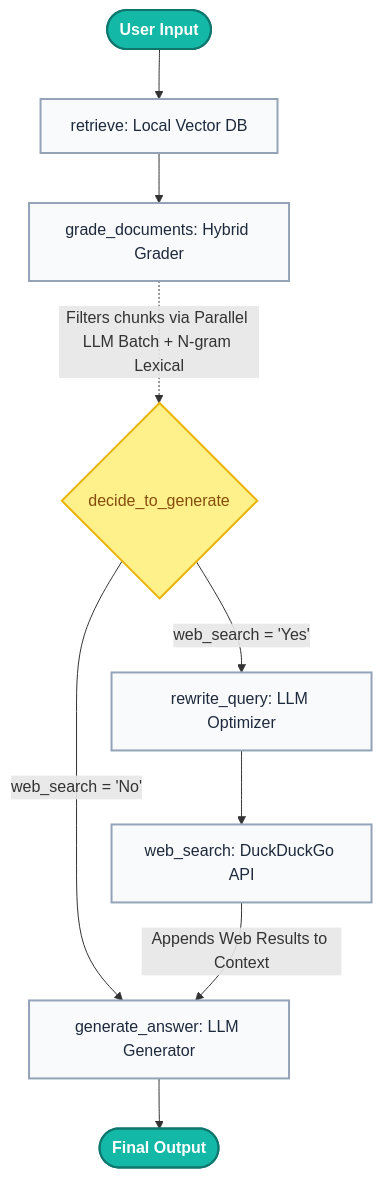
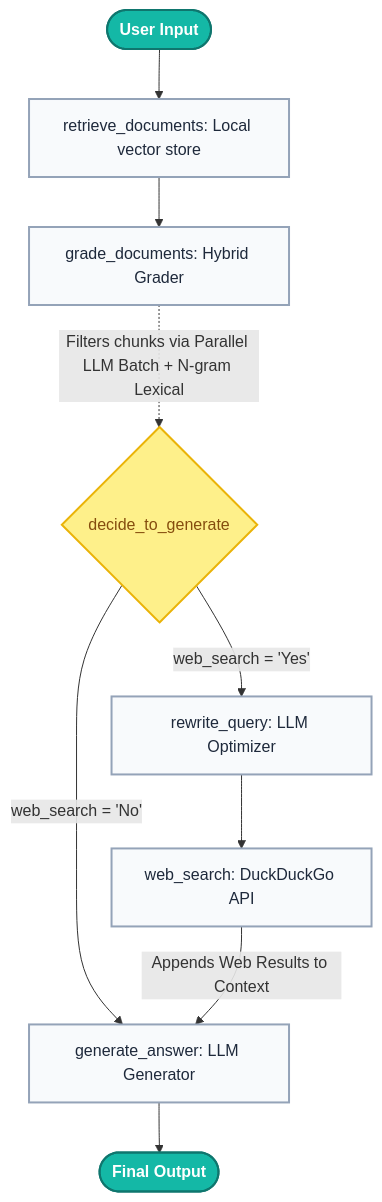
The diagram in README.md (HungHiHung10/Agentic-CRAG), drawn with Mermaid before and after one commit. The commit also changed other lines of this file and 29 other files, not shown here.

````diff
--- a/README.md
+++ b/README.md
@@ -72,36 +72,36 @@
 ```mermaid
 graph TD
     %% Nodes
     Start([User Input])
-    Retrieve[retrieve: Local Vector DB]
+    Retrieve[retrieve_documents: Local vector store]
     Grade[grade_documents: Hybrid Grader]
     Decide{decide_to_generate}
     Rewrite[rewrite_query: LLM Optimizer]
     Search[web_search: DuckDuckGo API]
     Generate[generate_answer: LLM Generator]
     End([Final Output])
 
     %% Edges
     Start --> Retrieve
     Retrieve --> Grade
     
     %% Internal logic description
     Grade -.->|Filters chunks via Parallel LLM Batch + N-gram Lexical| Decide
 
     Decide -->|web_search = 'No'| Generate
     Decide -->|web_search = 'Yes'| Rewrite
     
     Rewrite --> Search
     Search -->|Appends Web Results to Context| Generate
     
     Generate --> End
     
     %% Styling
     classDef startend fill:#14b8a6,stroke:#0f766e,stroke-width:2px,color:#fff,font-weight:bold;
     classDef process fill:#f8fafc,stroke:#94a3b8,stroke-width:2px,color:#1e293b;
     classDef condition fill:#fef08a,stroke:#eab308,stroke-width:2px,color:#854d0e;
     
     class Start,End startend;
     class Retrieve,Grade,Rewrite,Search,Generate process;
     class Decide condition;
 ```
````
